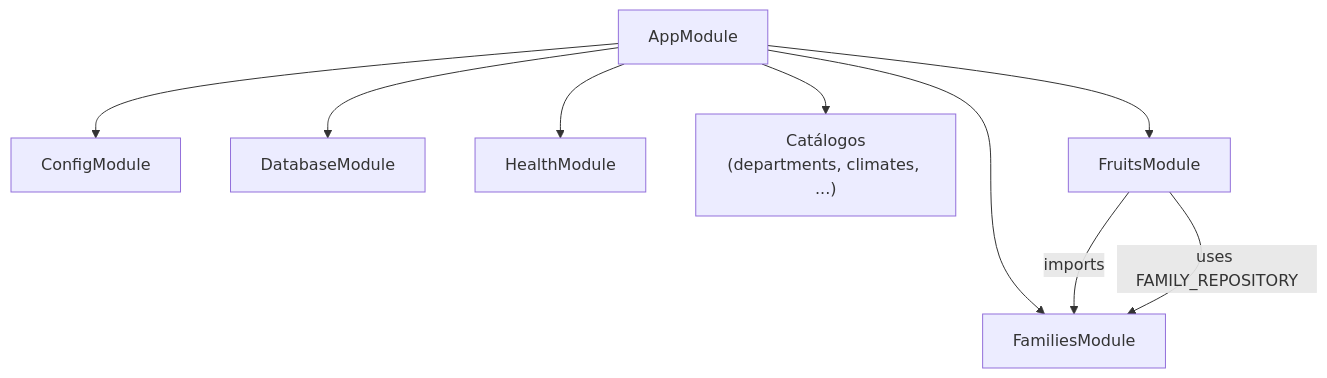
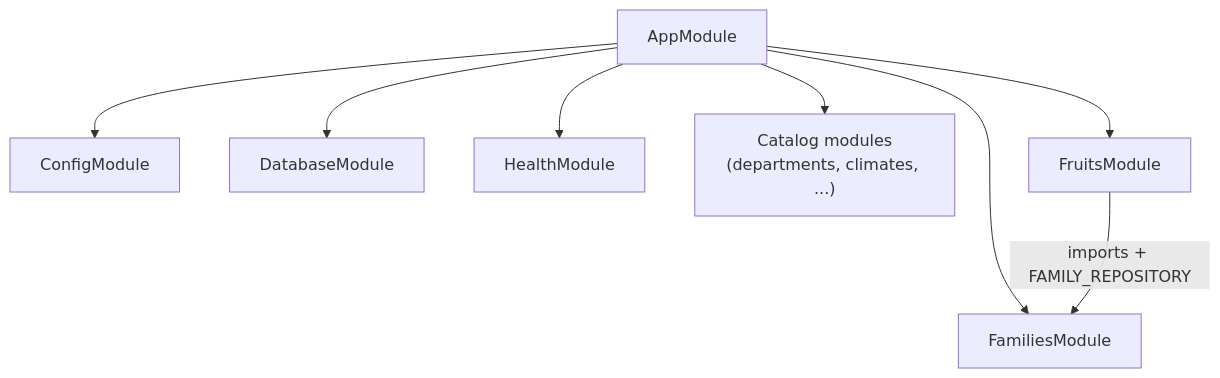
Before and after one commit to JeansCordoba/Colombian_fruits: the diagram in docs/architecture/diagrams/04-nestjs-modules.md, drawn with Mermaid. The commit also changed other lines of this file and 22 other files, not shown here.

Commit message:
docs: fix wiki links, slim README, and align diagrams with standards

````diff
--- a/docs/architecture/diagrams/04-nestjs-modules.md
+++ b/docs/architecture/diagrams/04-nestjs-modules.md
@@ -5,19 +11,18 @@
 ```mermaid
 flowchart TB
     AppModule["AppModule"]
     ConfigModule["ConfigModule"]
     DatabaseModule["DatabaseModule"]
     HealthModule["HealthModule"]
-    CatalogModules["Catálogos<br/>(departments, climates, ...)"]
+    CatalogModules["Catalog modules<br/>(departments, climates, ...)"]
     FamiliesModule["FamiliesModule"]
     FruitsModule["FruitsModule"]
 
     AppModule --> ConfigModule
     AppModule --> DatabaseModule
     AppModule --> HealthModule
     AppModule --> CatalogModules
     AppModule --> FamiliesModule
     AppModule --> FruitsModule
-    FruitsModule -->|"imports"| FamiliesModule
-    FruitsModule -->|"uses FAMILY_REPOSITORY"| FamiliesModule
+    FruitsModule -->|"imports + FAMILY_REPOSITORY"| FamiliesModule
 ```
````
